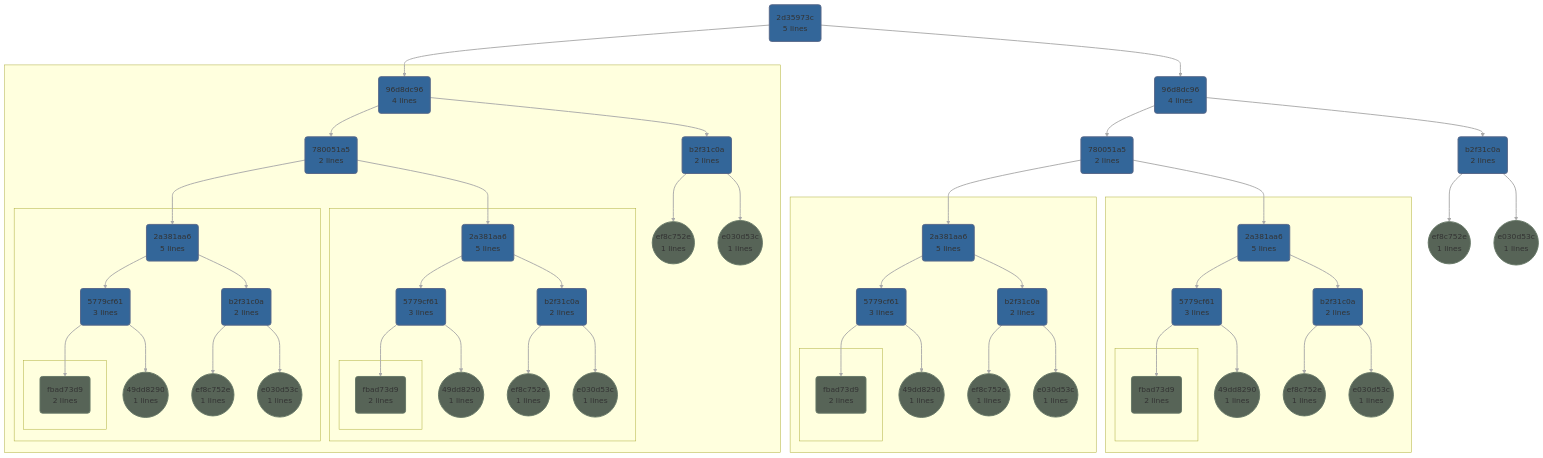
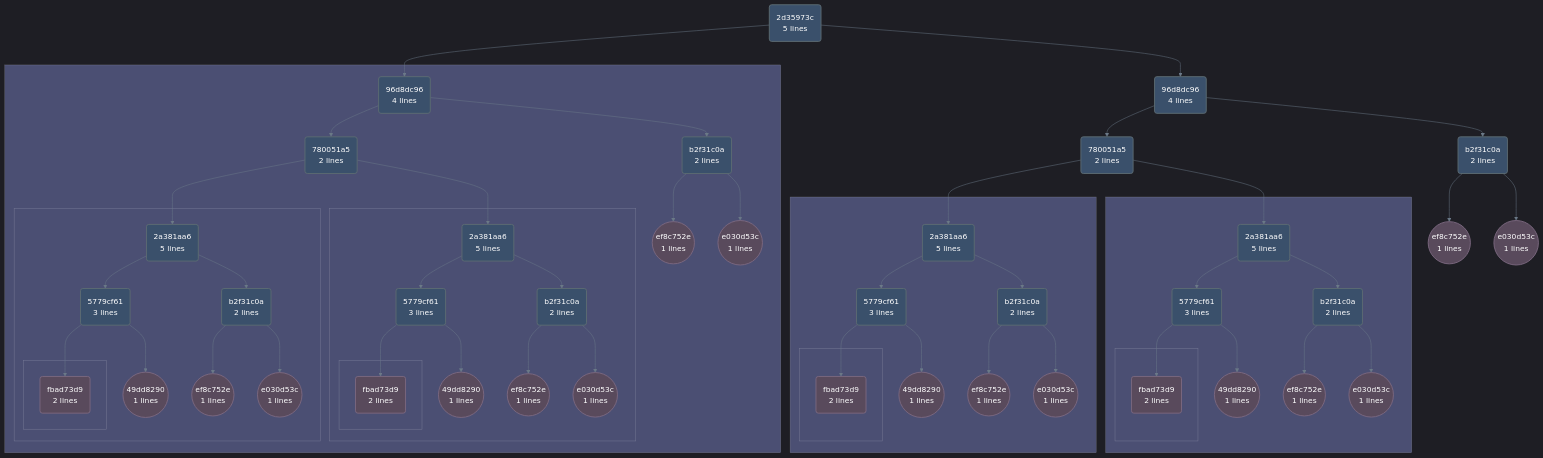
Before and after one commit to Shapedsundew9/erasmus-gp: the fourth of 4 diagrams in docs/components/worker/executor.md, drawn with Mermaid. The commit also changed other lines of this file and 21 other files, not shown here.

First line of the commit message:
Enhance Mermaid Diagrams and Color Consistency Across Documentation

````diff
--- a/docs/components/worker/executor.md
+++ b/docs/components/worker/executor.md
@@ -300,103 +310,106 @@
 ```mermaid
+%%{init: { "theme": "dark", "themeVariables": { "lineColor": "#6c7a89", "textColor": "#edf2f4", "mainBkg": "#2b2d42", "primaryBorderColor": "#4a4e69" }}}%%
 flowchart TD
-    uid00d3("2d35973c<br>5 lines"):::blue
+    %% Base/Default (Dark Slate)
+    classDef default fill:#2b2d42,stroke:#4a4e69,stroke-width:2px,color:#edf2f4
+    classDef dataBlue fill:#3a506b,stroke:#5c6b73,stroke-width:2px,color:#ffffff
+    classDef dataPurple fill:#594a5c,stroke:#7b687f,stroke-width:2px,color:#ffffff
+    classDef dataRed fill:#6e4646,stroke:#8f6060,stroke-width:2px,color:#ffffff
+    classDef zonePrimary fill:#1f2130,stroke:#3a3e59,stroke-width:2px,stroke-dasharray: 5 5
+
+    uid00d3("2d35973c<br>5 lines"):::dataBlue
     subgraph uid00d4sd[" "]
-    uid00d4("96d8dc96<br>4 lines"):::blue
-    uid00d6("780051a5<br>2 lines"):::blue
+    uid00d4("96d8dc96<br>4 lines"):::dataBlue
+    uid00d6("780051a5<br>2 lines"):::dataBlue
     uid00d4 --> uid00d6
-    uid00d7("b2f31c0a<br>2 lines"):::blue
+    uid00d7("b2f31c0a<br>2 lines"):::dataBlue
     uid00d4 --> uid00d7
     subgraph uid00dasd[" "]
-    uid00da("2a381aa6<br>5 lines"):::blue
-    uid00e2("5779cf61<br>3 lines"):::blue
+    uid00da("2a381aa6<br>5 lines"):::dataBlue
+    uid00e2("5779cf61<br>3 lines"):::dataBlue
     uid00da --> uid00e2
-    uid00e3("b2f31c0a<br>2 lines"):::blue
+    uid00e3("b2f31c0a<br>2 lines"):::dataBlue
     uid00da --> uid00e3
     subgraph uid00easd[" "]
-    uid00ea("fbad73d9<br>2 lines"):::green
+    uid00ea("fbad73d9<br>2 lines"):::dataPurple
     end
     uid00e2 --> uid00ea
-    uid00eb(("49dd8290<br>1 lines")):::green
+    uid00eb(("49dd8290<br>1 lines")):::dataPurple
     uid00e2 --> uid00eb
-    uid00ec(("ef8c752e<br>1 lines")):::green
+    uid00ec(("ef8c752e<br>1 lines")):::dataPurple
     uid00e3 --> uid00ec
-    uid00ed(("e030d53c<br>1 lines")):::green
+    uid00ed(("e030d53c<br>1 lines")):::dataPurple
     uid00e3 --> uid00ed
     end
     uid00d6 --> uid00da
     subgraph uid00dbsd[" "]
-    uid00db("2a381aa6<br>5 lines"):::blue
-    uid00e4("5779cf61<br>3 lines"):::blue
+    uid00db("2a381aa6<br>5 lines"):::dataBlue
+    uid00e4("5779cf61<br>3 lines"):::dataBlue
     uid00db --> uid00e4
-    uid00e5("b2f31c0a<br>2 lines"):::blue
+    uid00e5("b2f31c0a<br>2 lines"):::dataBlue
     uid00db --> uid00e5
     subgraph uid00eesd[" "]
-    uid00ee("fbad73d9<br>2 lines"):::green
+    uid00ee("fbad73d9<br>2 lines"):::dataPurple
     end
     uid00e4 --> uid00ee
-    uid00ef(("49dd8290<br>1 lines")):::green
+    uid00ef(("49dd8290<br>1 lines")):::dataPurple
     uid00e4 --> uid00ef
-    uid00f0(("ef8c752e<br>1 lines")):::green
+    uid00f0(("ef8c752e<br>1 lines")):::dataPurple
     uid00e5 --> uid00f0
-    uid00f1(("e030d53c<br>1 lines")):::green
+    uid00f1(("e030d53c<br>1 lines")):::dataPurple
     uid00e5 --> uid00f1
     end
     uid00d6 --> uid00db
-    uid00dc(("ef8c752e<br>1 lines")):::green
+    uid00dc(("ef8c752e<br>1 lines")):::dataPurple
     uid00d7 --> uid00dc
-    uid00dd(("e030d53c<br>1 lines")):::green
+    uid00dd(("e030d53c<br>1 lines")):::dataPurple
     uid00d7 --> uid00dd
     end
     uid00d3 --> uid00d4
-    uid00d5("96d8dc96<br>4 lines"):::blue
+    uid00d5("96d8dc96<br>4 lines"):::dataBlue
     uid00d3 --> uid00d5
-    uid00d8("780051a5<br>2 lines"):::blue
+    uid00d8("780051a5<br>2 lines"):::dataBlue
     uid00d5 --> uid00d8
-    uid00d9("b2f31c0a<br>2 lines"):::blue
+    uid00d9("b2f31c0a<br>2 lines"):::dataBlue
     uid00d5 --> uid00d9
     subgraph uid00desd[" "]
-    uid00de("2a381aa6<br>5 lines"):::blue
-    uid00e6("5779cf61<br>3 lines"):::blue
+    uid00de("2a381aa6<br>5 lines"):::dataBlue
+    uid00e6("5779cf61<br>3 lines"):::dataBlue
     uid00de --> uid00e6
-    uid00e7("b2f31c0a<br>2 lines"):::blue
+    uid00e7("b2f31c0a<br>2 lines"):::dataBlue
     uid00de --> uid00e7
     subgraph uid00f2sd[" "]
-    uid00f2("fbad73d9<br>2 lines"):::green
+    uid00f2("fbad73d9<br>2 lines"):::dataPurple
     end
     uid00e6 --> uid00f2
-    uid00f3(("49dd8290<br>1 lines")):::green
+    uid00f3(("49dd8290<br>1 lines")):::dataPurple
     uid00e6 --> uid00f3
-    uid00f4(("ef8c752e<br>1 lines")):::green
+    uid00f4(("ef8c752e<br>1 lines")):::dataPurple
     uid00e7 --> uid00f4
-    uid00f5(("e030d53c<br>1 lines")):::green
+    uid00f5(("e030d53c<br>1 lines")):::dataPurple
     uid00e7 --> uid00f5
     end
     uid00d8 --> uid00de
     subgraph uid00dfsd[" "]
-    uid00df("2a381aa6<br>5 lines"):::blue
-    uid00e8("5779cf61<br>3 lines"):::blue
+    uid00df("2a381aa6<br>5 lines"):::dataBlue
+    uid00e8("5779cf61<br>3 lines"):::dataBlue
     uid00df --> uid00e8
-    uid00e9("b2f31c0a<br>2 lines"):::blue
+    uid00e9("b2f31c0a<br>2 lines"):::dataBlue
     uid00df --> uid00e9
     subgraph uid00f6sd[" "]
-    uid00f6("fbad73d9<br>2 lines"):::green
+    uid00f6("fbad73d9<br>2 lines"):::dataPurple
     end
     uid00e8 --> uid00f6
-    uid00f7(("49dd8290<br>1 lines")):::green
+    uid00f7(("49dd8290<br>1 lines")):::dataPurple
     uid00e8 --> uid00f7
-    uid00f8(("ef8c752e<br>1 lines")):::green
+    uid00f8(("ef8c752e<br>1 lines")):::dataPurple
     uid00e9 --> uid00f8
-    uid00f9(("e030d53c<br>1 lines")):::green
+    uid00f9(("e030d53c<br>1 lines")):::dataPurple
     uid00e9 --> uid00f9
     end
     uid00d8 --> uid00df
-    uid00e0(("ef8c752e<br>1 lines")):::green
+    uid00e0(("ef8c752e<br>1 lines")):::dataPurple
     uid00d9 --> uid00e0
-    uid00e1(("e030d53c<br>1 lines")):::green
+    uid00e1(("e030d53c<br>1 lines")):::dataPurple
     uid00d9 --> uid00e1
-classDef grey fill:#444444,stroke:#333333,stroke-width:2px
-classDef red fill:#A74747,stroke:#996666,stroke-width:2px
-classDef blue fill:#336699,stroke:#556688,stroke-width:2px
-classDef green fill:#576457,stroke:#667766,stroke-width:2px
-linkStyle default stroke:#AAAAAA,stroke-width:2px
 ```
````
